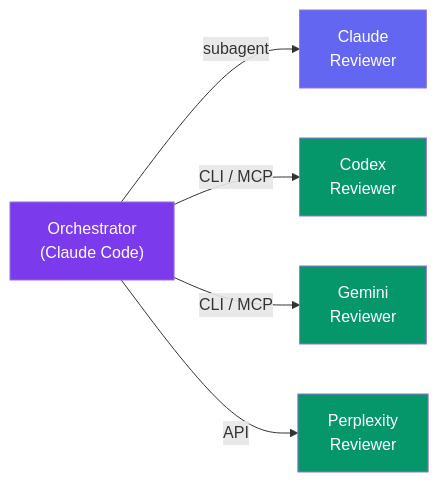
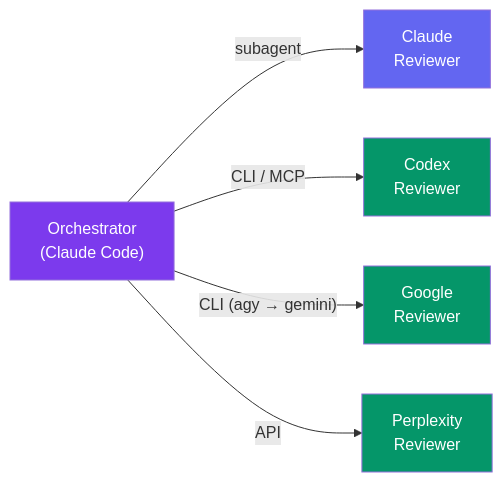
One commit to deployhq/review-council changed the second of 5 diagrams in README.md. Above: the diagram before and after it, drawn with Mermaid. The commit also changed other lines of this file and 7 other files, not shown here.

````diff
--- a/README.md
+++ b/README.md
@@ -92,13 +92,13 @@
 ```mermaid
 graph LR
     O["Orchestrator<br/>(Claude Code)"] -->|subagent| C["Claude<br/>Reviewer"]
     O -->|"CLI / MCP"| X["Codex<br/>Reviewer"]
-    O -->|"CLI / MCP"| G["Gemini<br/>Reviewer"]
+    O -->|"CLI (agy → gemini)"| G["Google<br/>Reviewer"]
     O -->|"API"| P["Perplexity<br/>Reviewer"]
 
     style O fill:#7c3aed,color:#fff
     style C fill:#6366f1,color:#fff
     style X fill:#059669,color:#fff
     style G fill:#059669,color:#fff
     style P fill:#059669,color:#fff
 ```
````
